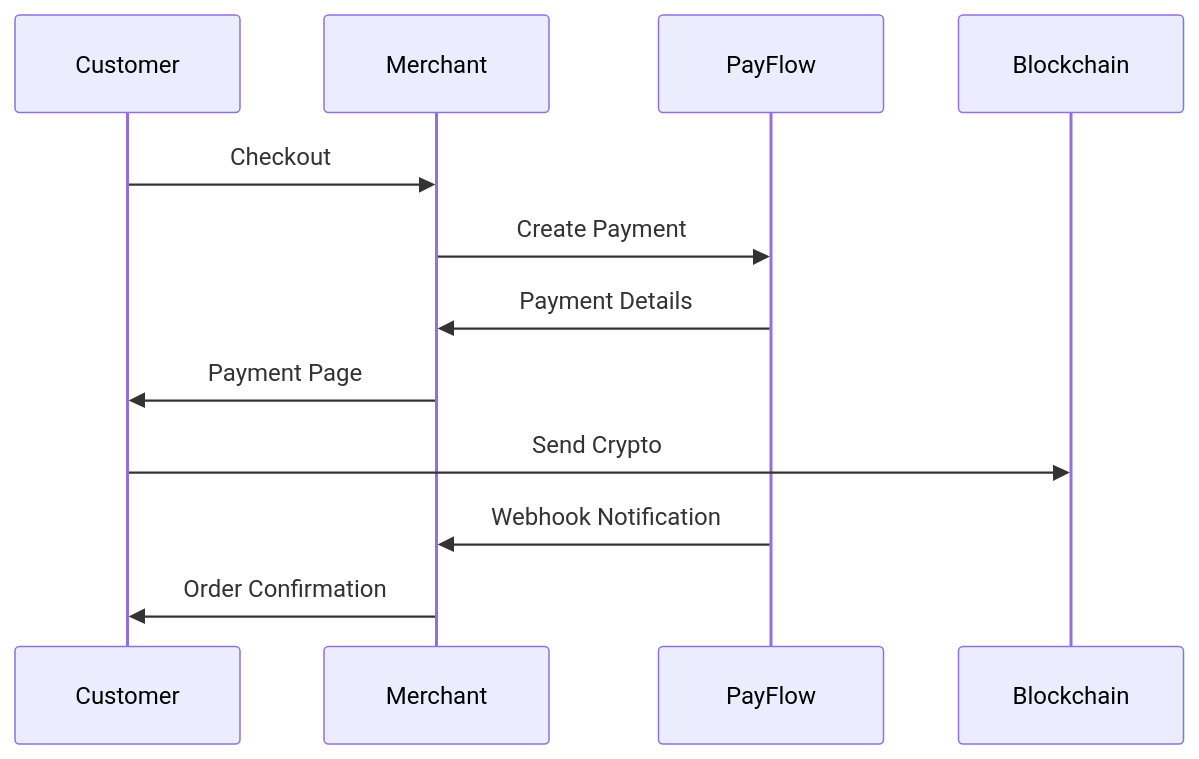
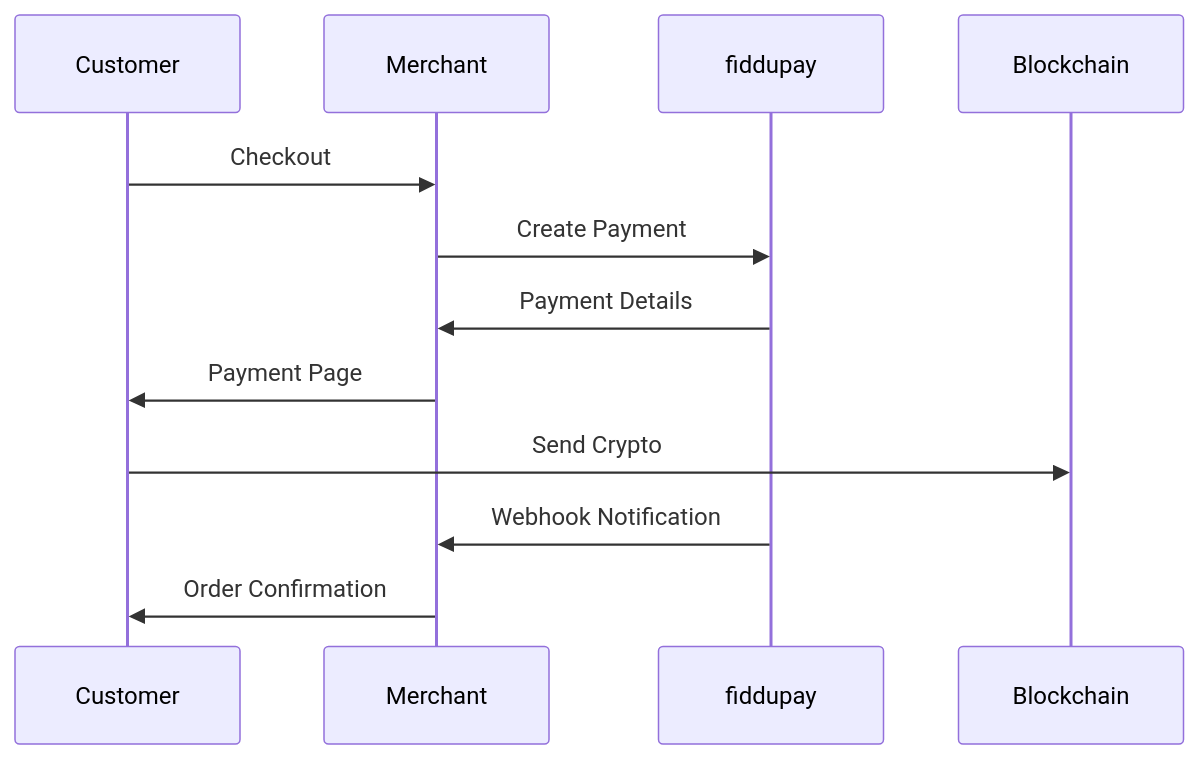
Before and after one commit to fiddupay/fiddupay-node: the diagram in docs/MERCHANT_GUIDE.md, drawn with Mermaid. The commit also changed other lines of this file and 227 other files, not shown here.

````diff
--- a/docs/MERCHANT_GUIDE.md
+++ b/docs/MERCHANT_GUIDE.md
@@ -209,10 +209,10 @@
 ```mermaid
 sequenceDiagram
     Customer->>Merchant: Checkout
-    Merchant->>PayFlow: Create Payment
-    PayFlow->>Merchant: Payment Details
+    Merchant->>fiddupay: Create Payment
+    fiddupay->>Merchant: Payment Details
     Merchant->>Customer: Payment Page
     Customer->>Blockchain: Send Crypto
-    PayFlow->>Merchant: Webhook Notification
+    fiddupay->>Merchant: Webhook Notification
     Merchant->>Customer: Order Confirmation
 ```
````
